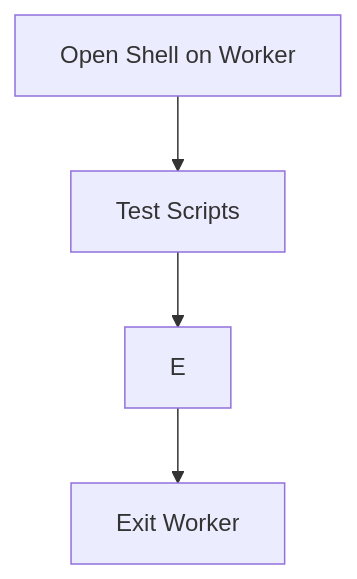
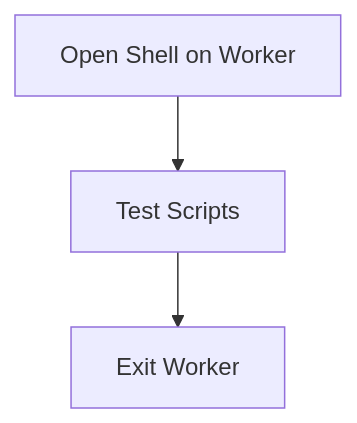
One commit to laderast/bash_for_hpc changed the diagram in interactive_shell.qmd. Above: the diagram before and after it, drawn with Mermaid. The commit also changed other lines of this file and 20 other files, not shown here.

````diff
--- a/interactive_shell.qmd
+++ b/interactive_shell.qmd
@@ -10,6 +10,6 @@
 ```{mermaid}
 flowchart TD
    A[Open Shell on Worker] --> B
-   B[Test Scripts] --> E
-   E --> F[Exit Worker]
-```
+   B[Test Scripts] --> F
+   F[Exit Worker]
+``` 
````
